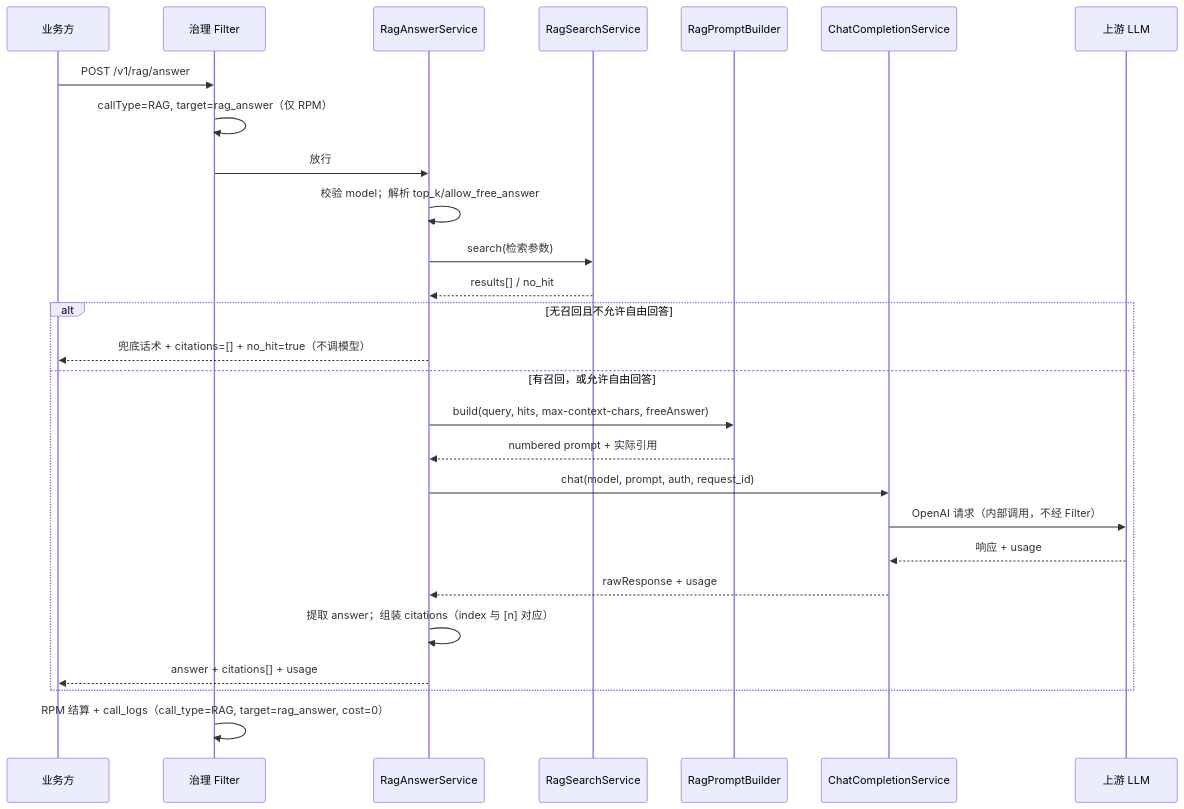
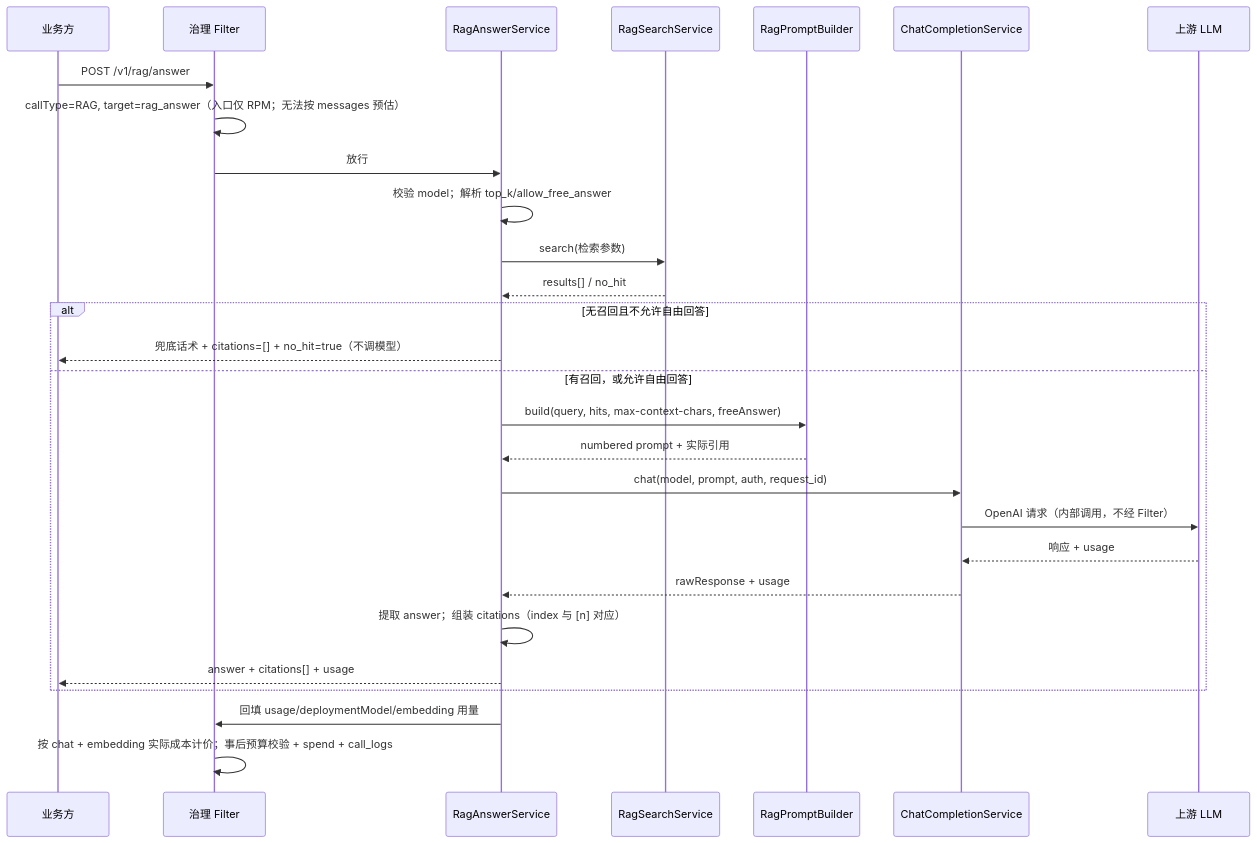
The tenth of 12 diagrams in ai-workflow/DESIGN.md (learnerQ0751/ai-hub), drawn with Mermaid before and after one commit. The commit also changed other lines of this file and 63 other files, not shown here.

````diff
--- a/ai-workflow/DESIGN.md
+++ b/ai-workflow/DESIGN.md
@@ -361,29 +364,30 @@
 ```mermaid
 sequenceDiagram
     participant C as 业务方
     participant F as 治理 Filter
     participant A as RagAnswerService
     participant S as RagSearchService
     participant P as RagPromptBuilder
     participant H as ChatCompletionService
     participant U as 上游 LLM
     C->>F: POST /v1/rag/answer
-    F->>F: callType=RAG, target=rag_answer（仅 RPM）
+    F->>F: callType=RAG, target=rag_answer（入口仅 RPM；无法按 messages 预估）
     F->>A: 放行
     A->>A: 校验 model；解析 top_k/allow_free_answer
     A->>S: search(检索参数)
     S-->>A: results[] / no_hit
     alt 无召回且不允许自由回答
         A-->>C: 兜底话术 + citations=[] + no_hit=true（不调模型）
     else 有召回，或允许自由回答
         A->>P: build(query, hits, max-context-chars, freeAnswer)
         P-->>A: numbered prompt + 实际引用
         A->>H: chat(model, prompt, auth, request_id)
         H->>U: OpenAI 请求（内部调用，不经 Filter）
         U-->>H: 响应 + usage
         H-->>A: rawResponse + usage
         A->>A: 提取 answer；组装 citations（index 与 [n] 对应）
         A-->>C: answer + citations[] + usage
     end
-    F->>F: RPM 结算 + call_logs（call_type=RAG, target=rag_answer, cost=0）
+    A->>F: 回填 usage/deploymentModel/embedding 用量
+    F->>F: 按 chat + embedding 实际成本计价；事后预算校验 + spend + call_logs
 ```
````
